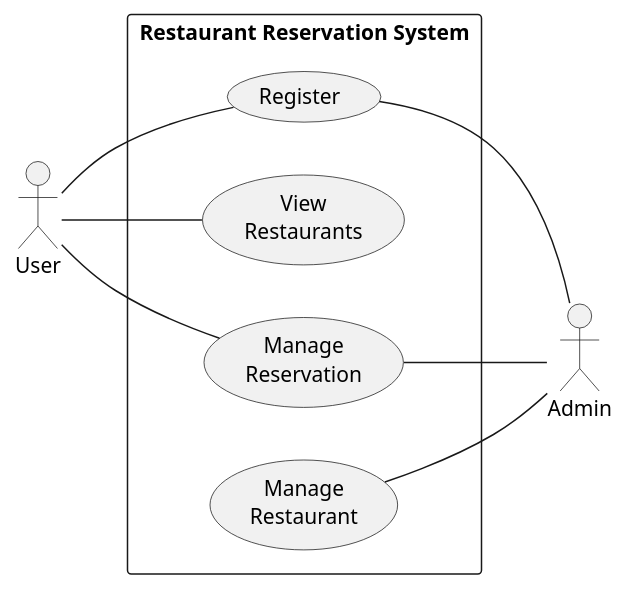
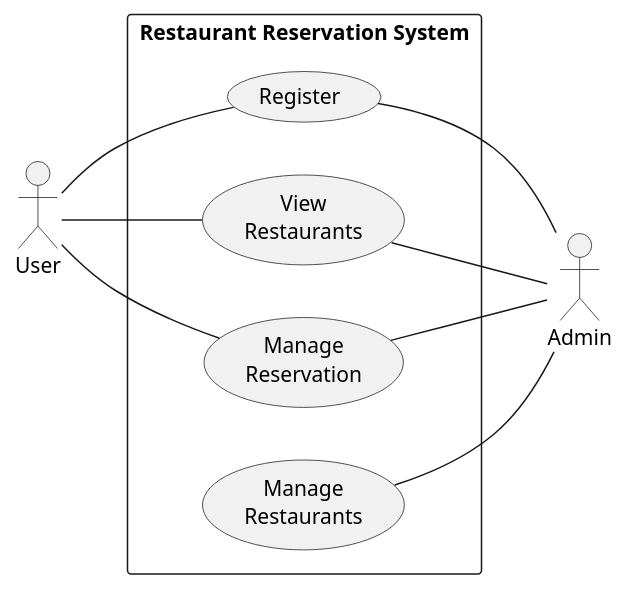
The diagram in diagram/ResQusecase.puml (2110503TACEDT66/presentation-day-1-bp), drawn with PlantUML before and after one commit.

Commit message:
Update Use Case Diagram

```diff
--- a/diagram/ResQusecase.puml
+++ b/diagram/ResQusecase.puml
@@ -1,20 +1,21 @@
 @startuml Restaurant Reservation System Use Case Diagram
 left to right direction
 actor "User" as user
 rectangle "Restaurant Reservation System" as RestaurantSystem {    
     usecase "Register" as register
     usecase "View\nRestaurants" as viewRestaurants
     usecase "Manage\nReservation" as manageResv
-    usecase "Manage\nRestaurant" as manageRestaurant
+    usecase "Manage\nRestaurants" as manageRestaurant
 }
 
 user -- register
 user -- viewRestaurants
 user -- manageResv
 
 actor "Admin" as admin
 register -- admin
+viewRestaurants -- admin
 manageRestaurant -- admin
 manageResv -- admin
 
 @enduml
```
